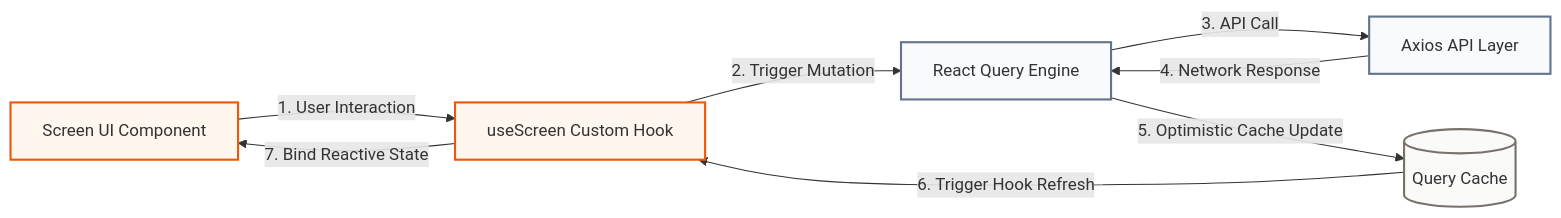
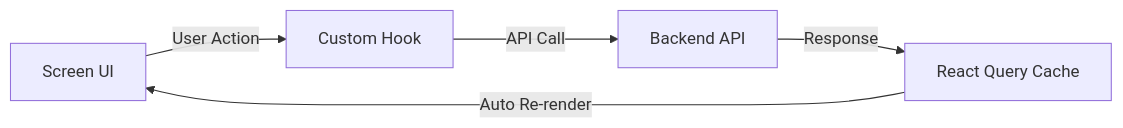
One commit to hi-kuldeep/communityHub changed the second of 3 diagrams in README.md. Above: the diagram before and after it, drawn with Mermaid. The commit also changed other lines of this file, not shown here.

Commit message:
docs: simplify architecture documentation and improve setup instructions in README.md

````diff
--- a/README.md
+++ b/README.md
@@ -97,14 +124,7 @@
 ```mermaid
 graph LR
-    classDef ui fill:#fff7ed,stroke:#ea580c,stroke-width:2px;
-    classDef service fill:#f8fafc,stroke:#64748b,stroke-width:2px;
-    classDef cache fill:#fafaf9,stroke:#78716c,stroke-width:2px;
-
-    UI[Screen UI Component]:::ui -->|1. User Interaction| Hook[useScreen Custom Hook]:::ui
-    Hook -->|2. Trigger Mutation| RQ[React Query Engine]:::service
-    RQ -->|3. API Call| Service[Axios API Layer]:::service
-    Service -->|4. Network Response| RQ
-    RQ -->|5. Optimistic Cache Update| Cache[(Query Cache)]:::cache
-    Cache -->|6. Trigger Hook Refresh| Hook
-    Hook -->|7. Bind Reactive State| UI
+    UI[Screen UI] -->|User Action| Hook[Custom Hook]
+    Hook -->|API Call| API[Backend API]
+    API -->|Response| Cache[React Query Cache]
+    Cache -->|Auto Re-render| UI
 ```
````
